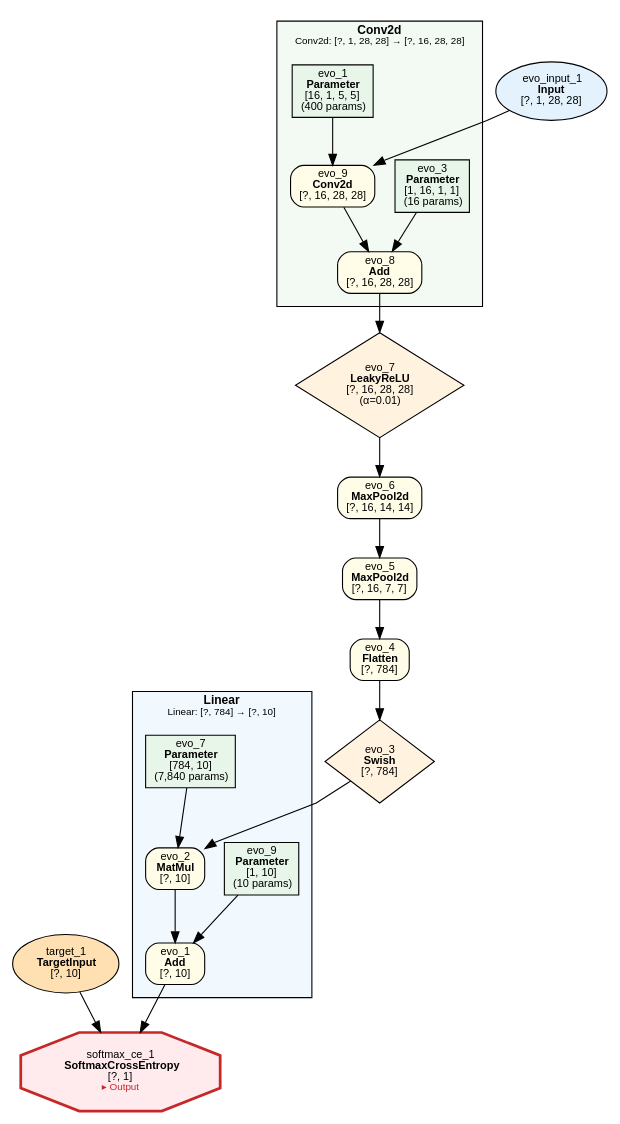
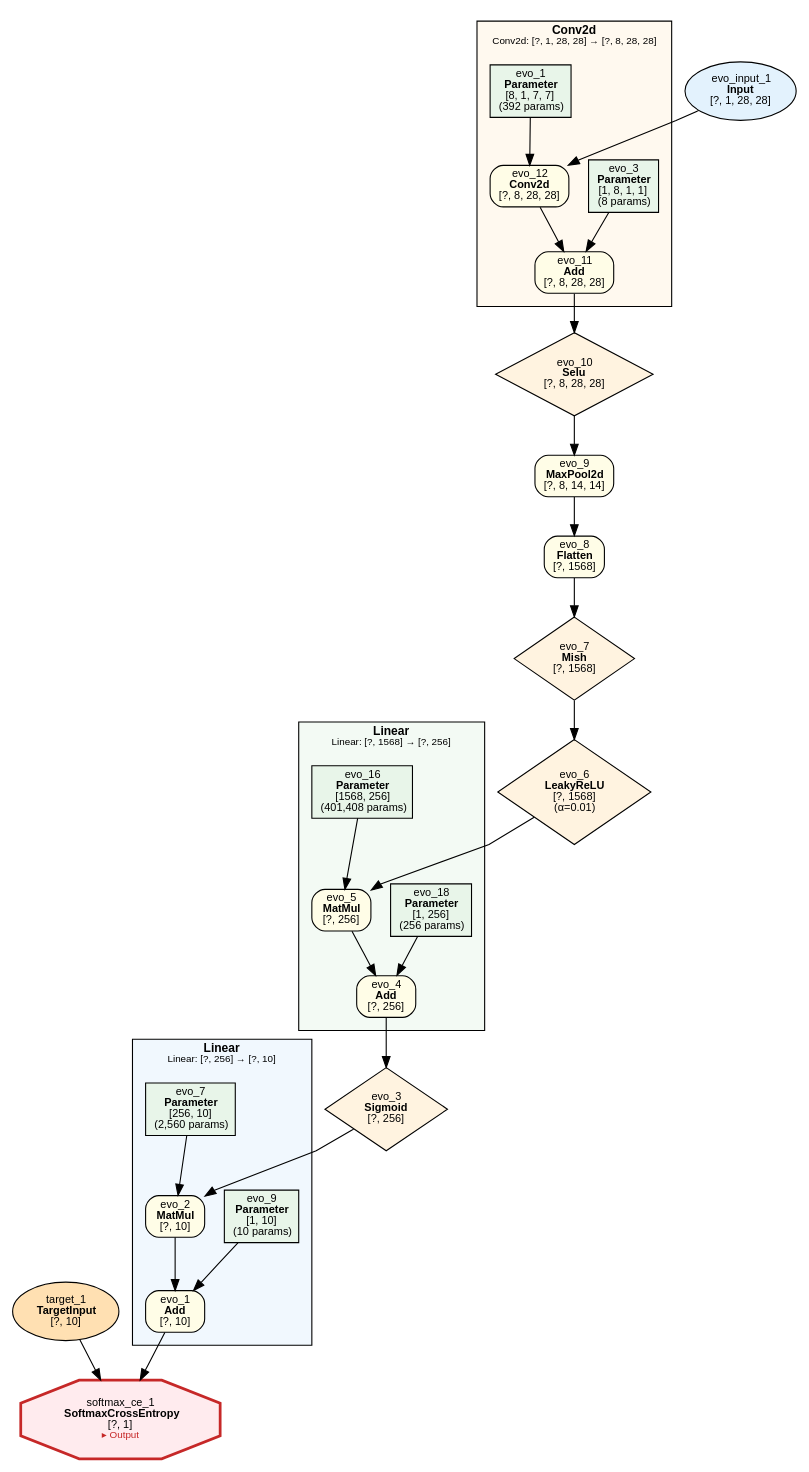
One commit to dbsxdbsx/only_torch changed the diagram in examples/evolution/mnist/evolution_mnist.dot. Above: the diagram before and after it, drawn with Graphviz. The commit also changed 21 other files, not shown here.

```diff
--- a/examples/evolution/mnist/evolution_mnist.dot
+++ b/examples/evolution/mnist/evolution_mnist.dot
@@ -1,58 +1,77 @@
 digraph ComputeGraph {
     rankdir=TB;
     newrank=true;
     splines=polyline;
     node [fontname="Microsoft YaHei,SimHei,Arial"];
     edge [fontname="Microsoft YaHei,SimHei,Arial"];
 
     subgraph cluster_group_linear_3 {
-        label=<<B>Linear</B><BR/><FONT POINT-SIZE="9">Linear: [?, 784] → [?, 10]</FONT>>;
+        label=<<B>Linear</B><BR/><FONT POINT-SIZE="9">Linear: [?, 256] → [?, 10]</FONT>>;
         style=filled;
         fillcolor="#E3F2FD80";
         fontname="Microsoft YaHei,SimHei,Arial";
         fontsize=11;
         margin=12;
             "2" [label=<evo_1<BR/><B>Add</B><BR/>[?, 10]> shape=box style="filled,rounded" fillcolor="#FFFDE7" fontsize=10];
             "4" [label=<evo_2<BR/><B>MatMul</B><BR/>[?, 10]> shape=box style="filled,rounded" fillcolor="#FFFDE7" fontsize=10];
             "5" [label=<evo_9<BR/><B>Parameter</B><BR/>[1, 10]<BR/>(10 params)> shape=box style=filled fillcolor="#E8F5E9" fontsize=10];
-            "7" [label=<evo_7<BR/><B>Parameter</B><BR/>[784, 10]<BR/>(7,840 params)> shape=box style=filled fillcolor="#E8F5E9" fontsize=10];
+            "7" [label=<evo_7<BR/><B>Parameter</B><BR/>[256, 10]<BR/>(2,560 params)> shape=box style=filled fillcolor="#E8F5E9" fontsize=10];
     }
 
-    subgraph cluster_group_conv2d_0 {
-        label=<<B>Conv2d</B><BR/><FONT POINT-SIZE="9">Conv2d: [?, 1, 28, 28] → [?, 16, 28, 28]</FONT>>;
+    subgraph cluster_group_linear_4 {
+        label=<<B>Linear</B><BR/><FONT POINT-SIZE="9">Linear: [?, 1568] → [?, 256]</FONT>>;
         style=filled;
         fillcolor="#E8F5E980";
         fontname="Microsoft YaHei,SimHei,Arial";
         fontsize=11;
         margin=12;
-            "12" [label=<evo_8<BR/><B>Add</B><BR/>[?, 16, 28, 28]> shape=box style="filled,rounded" fillcolor="#FFFDE7" fontsize=10];
-            "13" [label=<evo_9<BR/><B>Conv2d</B><BR/>[?, 16, 28, 28]> shape=box style="filled,rounded" fillcolor="#FFFDE7" fontsize=10];
-            "14" [label=<evo_3<BR/><B>Parameter</B><BR/>[1, 16, 1, 1]<BR/>(16 params)> shape=box style=filled fillcolor="#E8F5E9" fontsize=10];
-            "16" [label=<evo_1<BR/><B>Parameter</B><BR/>[16, 1, 5, 5]<BR/>(400 params)> shape=box style=filled fillcolor="#E8F5E9" fontsize=10];
+            "8" [label=<evo_4<BR/><B>Add</B><BR/>[?, 256]> shape=box style="filled,rounded" fillcolor="#FFFDE7" fontsize=10];
+            "9" [label=<evo_5<BR/><B>MatMul</B><BR/>[?, 256]> shape=box style="filled,rounded" fillcolor="#FFFDE7" fontsize=10];
+            "10" [label=<evo_18<BR/><B>Parameter</B><BR/>[1, 256]<BR/>(256 params)> shape=box style=filled fillcolor="#E8F5E9" fontsize=10];
+            "12" [label=<evo_16<BR/><B>Parameter</B><BR/>[1568, 256]<BR/>(401,408 params)> shape=box style=filled fillcolor="#E8F5E9" fontsize=10];
+    }
+
+    subgraph cluster_group_conv2d_0 {
+        label=<<B>Conv2d</B><BR/><FONT POINT-SIZE="9">Conv2d: [?, 1, 28, 28] → [?, 8, 28, 28]</FONT>>;
+        style=filled;
+        fillcolor="#FFF3E080";
+        fontname="Microsoft YaHei,SimHei,Arial";
+        fontsize=11;
+        margin=12;
+            "17" [label=<evo_11<BR/><B>Add</B><BR/>[?, 8, 28, 28]> shape=box style="filled,rounded" fillcolor="#FFFDE7" fontsize=10];
+            "18" [label=<evo_12<BR/><B>Conv2d</B><BR/>[?, 8, 28, 28]> shape=box style="filled,rounded" fillcolor="#FFFDE7" fontsize=10];
+            "19" [label=<evo_3<BR/><B>Parameter</B><BR/>[1, 8, 1, 1]<BR/>(8 params)> shape=box style=filled fillcolor="#E8F5E9" fontsize=10];
+            "21" [label=<evo_1<BR/><B>Parameter</B><BR/>[8, 1, 7, 7]<BR/>(392 params)> shape=box style=filled fillcolor="#E8F5E9" fontsize=10];
     }
 
     "1" [label=<softmax_ce_1<BR/><B>SoftmaxCrossEntropy</B><BR/>[?, 1]<BR/><FONT COLOR="#C62828" POINT-SIZE="9">▸ Output</FONT>> shape=octagon style=filled fillcolor="#FFEBEE" fontsize=10 penwidth=2.5 color="#C62828"];
     "3" [label=<target_1<BR/><B>TargetInput</B><BR/>[?, 10]> shape=ellipse style=filled fillcolor="#FFE0B2" fontsize=10];
-    "6" [label=<evo_3<BR/><B>Swish</B><BR/>[?, 784]> shape=diamond style=filled fillcolor="#FFF3E0" fontsize=10];
-    "8" [label=<evo_4<BR/><B>Flatten</B><BR/>[?, 784]> shape=box style="filled,rounded" fillcolor="#FFFDE7" fontsize=10];
-    "9" [label=<evo_5<BR/><B>MaxPool2d</B><BR/>[?, 16, 7, 7]> shape=box style="filled,rounded" fillcolor="#FFFDE7" fontsize=10];
-    "10" [label=<evo_6<BR/><B>MaxPool2d</B><BR/>[?, 16, 14, 14]> shape=box style="filled,rounded" fillcolor="#FFFDE7" fontsize=10];
-    "11" [label=<evo_7<BR/><B>LeakyReLU</B><BR/>[?, 16, 28, 28]<BR/>(α=0.01)> shape=diamond style=filled fillcolor="#FFF3E0" fontsize=10];
-    "15" [label=<evo_input_1<BR/><B>Input</B><BR/>[?, 1, 28, 28]> shape=ellipse style=filled fillcolor="#E3F2FD" fontsize=10];
+    "6" [label=<evo_3<BR/><B>Sigmoid</B><BR/>[?, 256]> shape=diamond style=filled fillcolor="#FFF3E0" fontsize=10];
+    "11" [label=<evo_6<BR/><B>LeakyReLU</B><BR/>[?, 1568]<BR/>(α=0.01)> shape=diamond style=filled fillcolor="#FFF3E0" fontsize=10];
+    "13" [label=<evo_7<BR/><B>Mish</B><BR/>[?, 1568]> shape=diamond style=filled fillcolor="#FFF3E0" fontsize=10];
+    "14" [label=<evo_8<BR/><B>Flatten</B><BR/>[?, 1568]> shape=box style="filled,rounded" fillcolor="#FFFDE7" fontsize=10];
+    "15" [label=<evo_9<BR/><B>MaxPool2d</B><BR/>[?, 8, 14, 14]> shape=box style="filled,rounded" fillcolor="#FFFDE7" fontsize=10];
+    "16" [label=<evo_10<BR/><B>Selu</B><BR/>[?, 8, 28, 28]> shape=diamond style=filled fillcolor="#FFF3E0" fontsize=10];
+    "20" [label=<evo_input_1<BR/><B>Input</B><BR/>[?, 1, 28, 28]> shape=ellipse style=filled fillcolor="#E3F2FD" fontsize=10];
 
     "2" -> "1";
     "3" -> "1";
     "4" -> "2";
     "5" -> "2";
     "6" -> "4";
     "7" -> "4";
     "8" -> "6";
     "9" -> "8";
-    "10" -> "9";
-    "11" -> "10";
-    "12" -> "11";
-    "13" -> "12";
-    "14" -> "12";
-    "15" -> "13";
-    "16" -> "13";
+    "10" -> "8";
+    "11" -> "9";
+    "12" -> "9";
+    "13" -> "11";
+    "14" -> "13";
+    "15" -> "14";
+    "16" -> "15";
+    "17" -> "16";
+    "18" -> "17";
+    "19" -> "17";
+    "20" -> "18";
+    "21" -> "18";
 }
```
